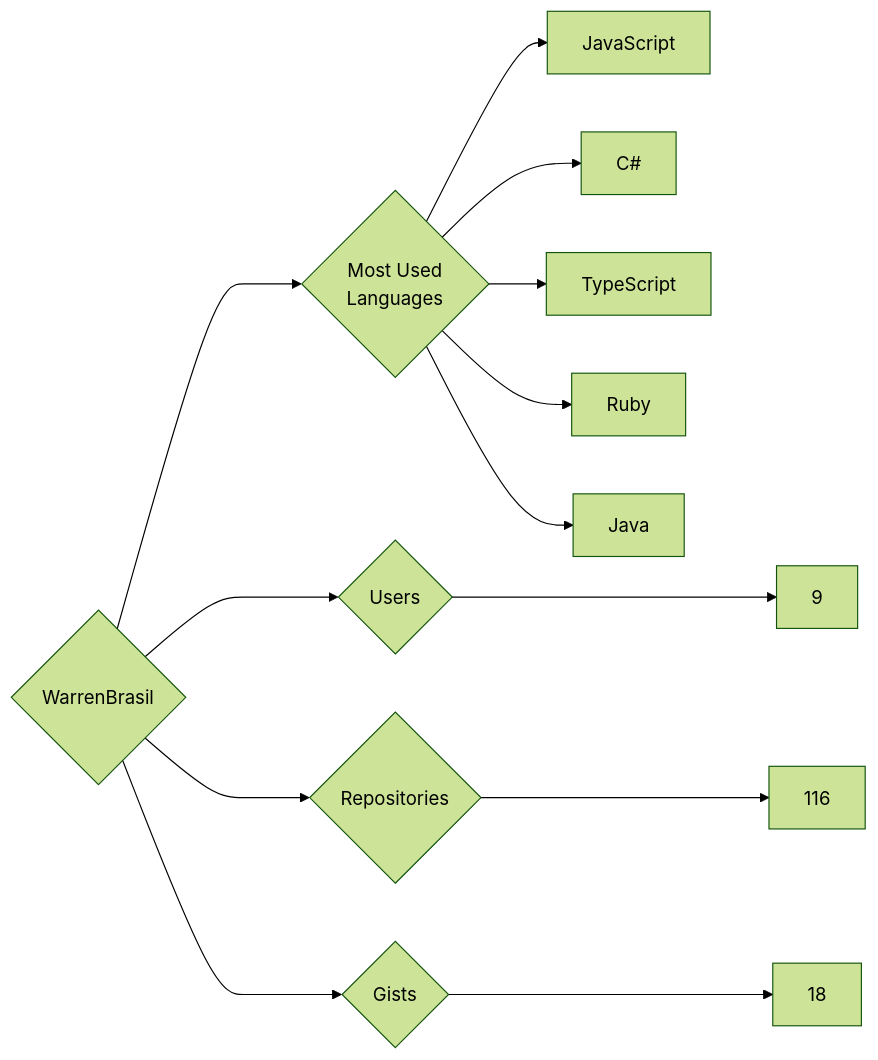
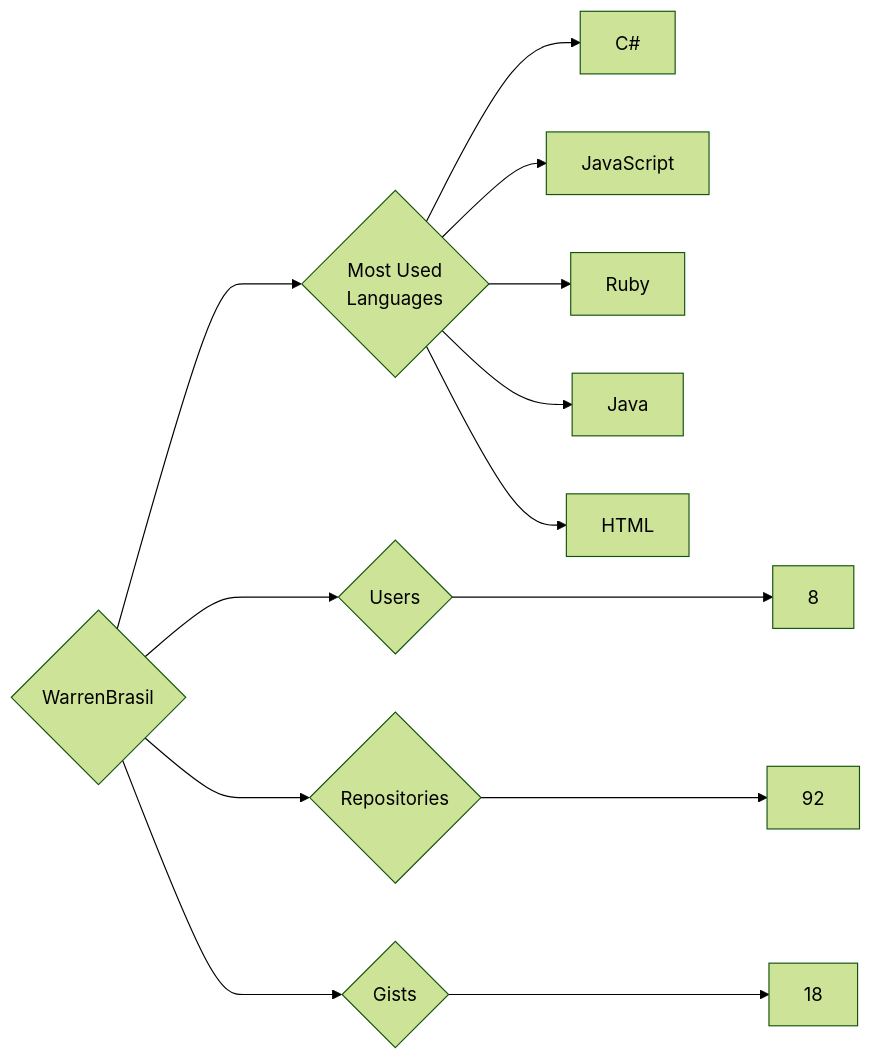
Before and after one commit to trickest/insiders: the diagram in targets/WarrenBrasil/README.md, drawn with Mermaid (forest theme). The commit also changed 794 other files, not shown here.

````diff
--- a/targets/WarrenBrasil/README.md
+++ b/targets/WarrenBrasil/README.md
@@ -3,13 +3,13 @@
 ```mermaid
 graph LR
 COMPANY_NAME{WarrenBrasil}
-COMPANY_NAME ---> U{Users} ---> UN[9]
-COMPANY_NAME ---> R{Repositories} ---> RN[116]
+COMPANY_NAME ---> U{Users} ---> UN[8]
+COMPANY_NAME ---> R{Repositories} ---> RN[92]
 COMPANY_NAME ---> G{Gists} ---> GN[18]
 COMPANY_NAME ---> ML{Most Used<br>Languages}
+ML --> C#[C#]
 ML --> JavaScript[JavaScript]
-ML --> C#[C#]
-ML --> TypeScript[TypeScript]
 ML --> Ruby[Ruby]
 ML --> Java[Java]
+ML --> HTML[HTML]
 ```
````
